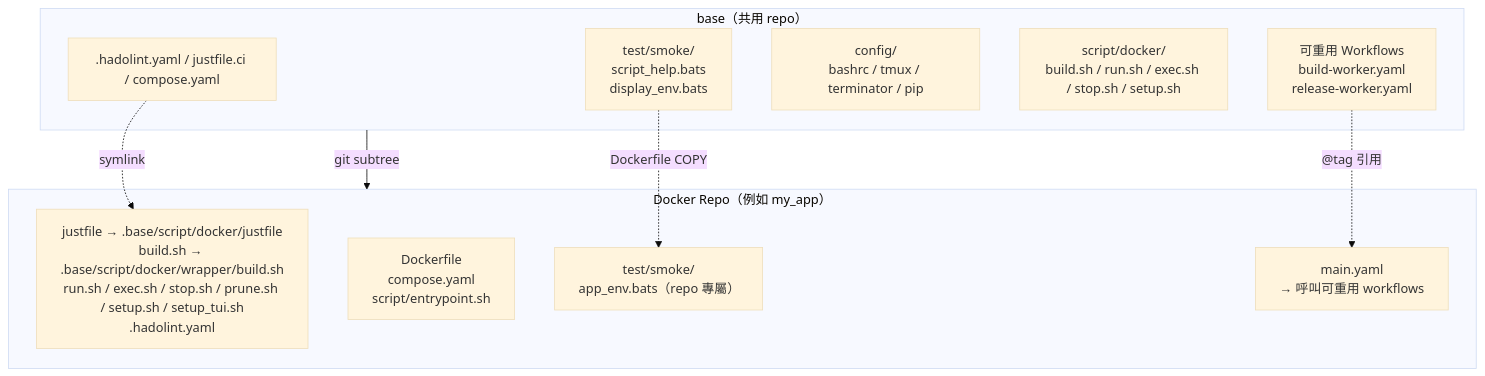
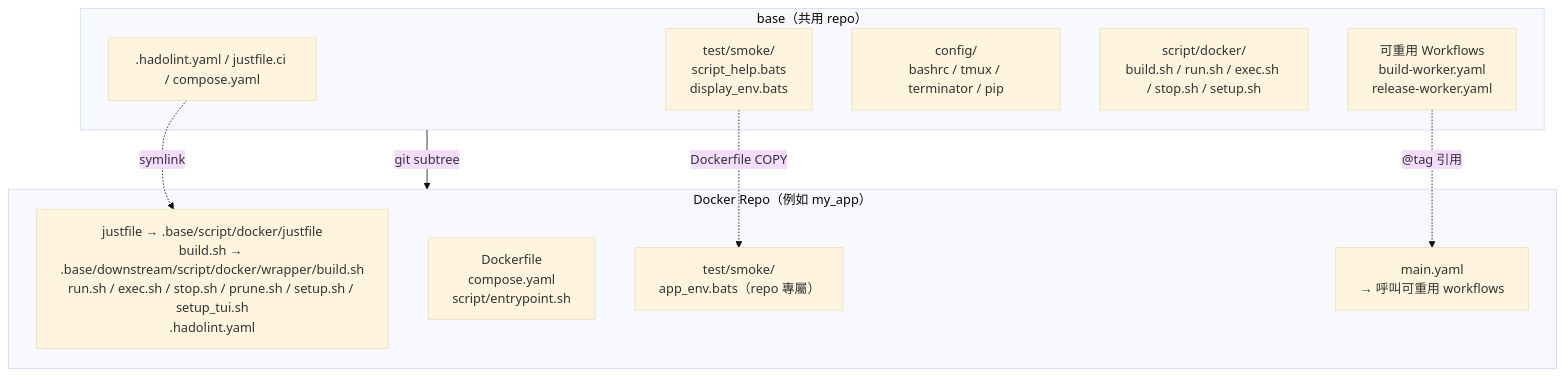
Before and after one commit to ycpss91255-docker/base: the first of 2 diagrams in doc/readme/README.zh-TW.md, drawn with Mermaid (base theme). The commit also changed other lines of this file and 81 other files, not shown here.

First line of the commit message:
refactor(layout): move script/docker lib/runtime/wrapper to downstream/ (#627) (#640)

````diff
--- a/doc/readme/README.zh-TW.md
+++ b/doc/readme/README.zh-TW.md
@@ -79,22 +79,22 @@
 ```mermaid
 graph TB
     subgraph base["base（共用 repo）"]
         scripts[".hadolint.yaml / justfile.ci / compose.yaml"]
         smoke["test/smoke/<br/>script_help.bats<br/>display_env.bats"]
         config["config/<br/>bashrc / tmux / terminator / pip"]
         mgmt["script/docker/<br/>build.sh / run.sh / exec.sh / stop.sh / setup.sh"]
         workflows["可重用 Workflows<br/>build-worker.yaml<br/>release-worker.yaml"]
     end
 
     subgraph consumer["Docker Repo（例如 my_app）"]
-        symlinks["justfile → .base/script/docker/justfile<br/>build.sh → .base/script/docker/wrapper/build.sh<br/>run.sh / exec.sh / stop.sh / prune.sh / setup.sh / setup_tui.sh<br/>.hadolint.yaml"]
+        symlinks["justfile → .base/script/docker/justfile<br/>build.sh → .base/downstream/script/docker/wrapper/build.sh<br/>run.sh / exec.sh / stop.sh / prune.sh / setup.sh / setup_tui.sh<br/>.hadolint.yaml"]
         dockerfile["Dockerfile<br/>compose.yaml<br/>script/entrypoint.sh"]
         repo_test["test/smoke/<br/>app_env.bats（repo 專屬）"]
         main_yaml["main.yaml<br/>→ 呼叫可重用 workflows"]
     end
 
     base -- "git subtree" --> consumer
     scripts -. "symlink" .-> symlinks
     smoke -. "Dockerfile COPY" .-> repo_test
     workflows -. "@tag 引用" .-> main_yaml
 ```
````
